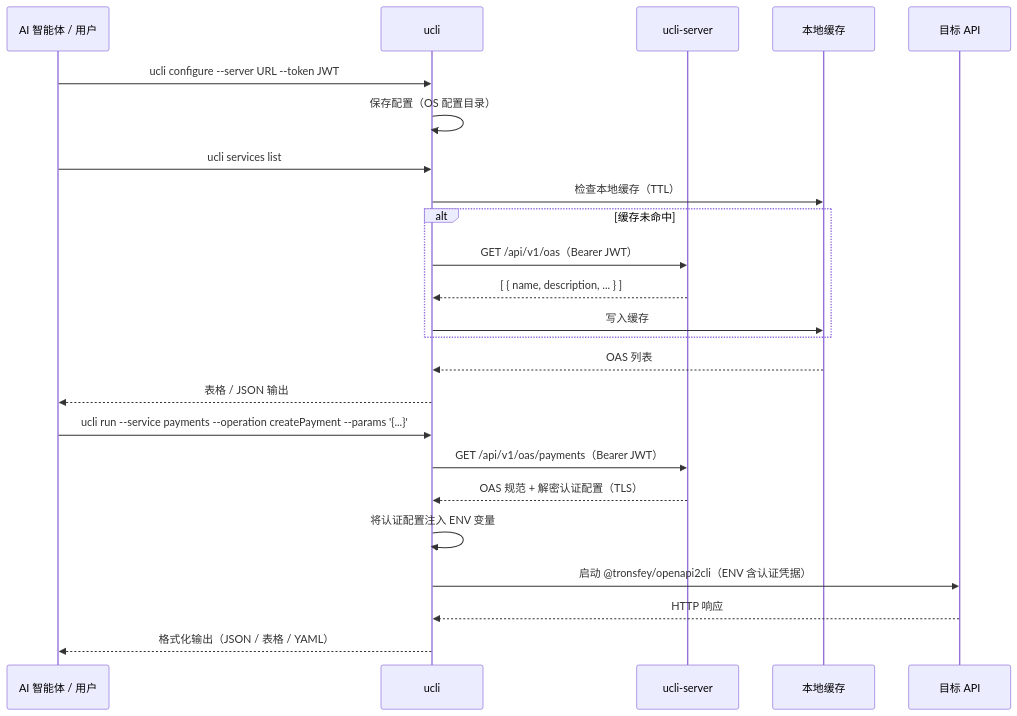
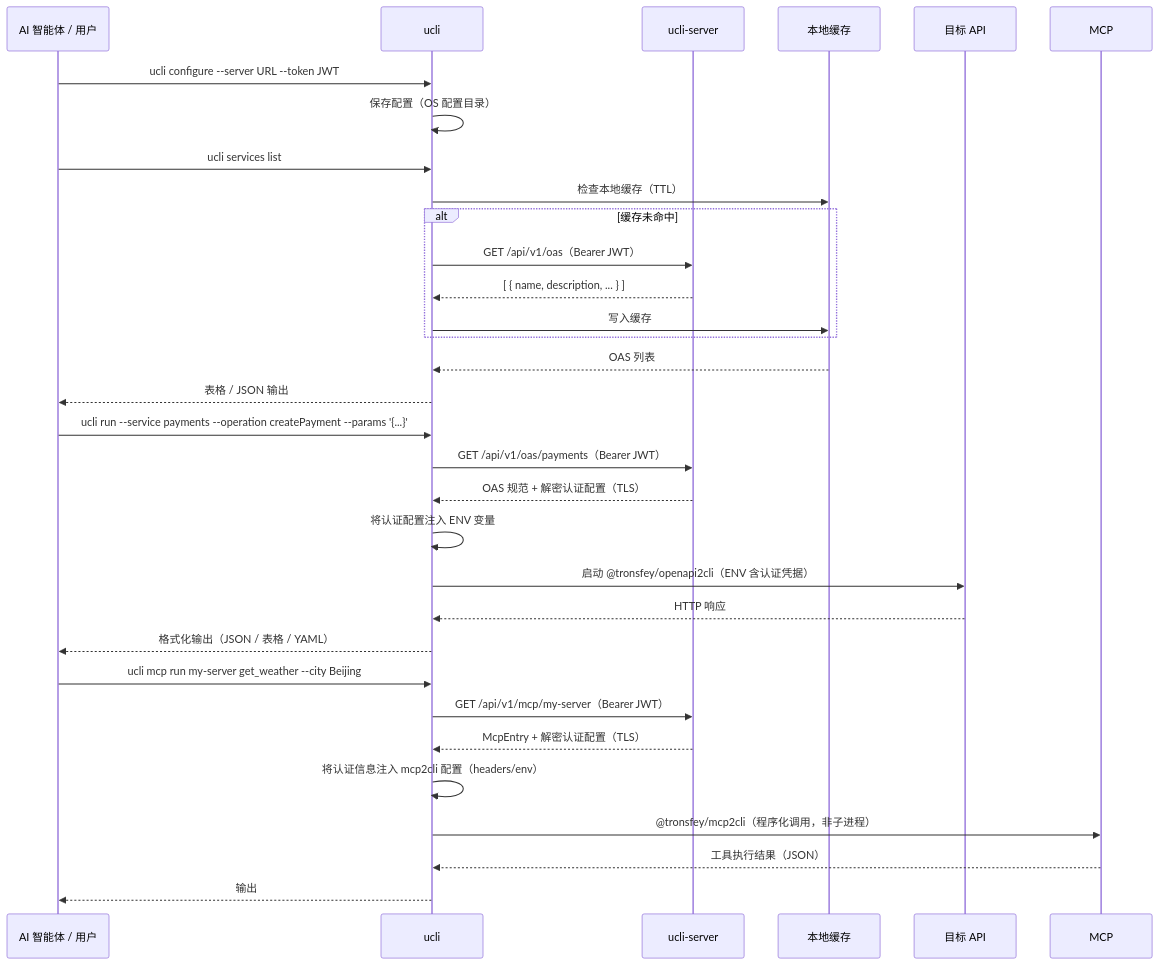
Before and after one commit to tronsfey928/ucli: the diagram in packages/cli/README.zh.md, drawn with Mermaid. The commit also changed other lines of this file and 8 other files, not shown here.

````diff
--- a/packages/cli/README.zh.md
+++ b/packages/cli/README.zh.md
@@ -28,29 +29,37 @@
 ```mermaid
 sequenceDiagram
     participant Agent as AI 智能体 / 用户
     participant CLI as ucli
     participant Server as ucli-server
     participant Cache as 本地缓存
     participant API as 目标 API
 
     Agent->>CLI: ucli configure --server URL --token JWT
     CLI->>CLI: 保存配置（OS 配置目录）
 
     Agent->>CLI: ucli services list
     CLI->>Cache: 检查本地缓存（TTL）
     alt 缓存未命中
         CLI->>Server: GET /api/v1/oas（Bearer JWT）
         Server-->>CLI: [ { name, description, ... } ]
         CLI->>Cache: 写入缓存
     end
     Cache-->>CLI: OAS 列表
     CLI-->>Agent: 表格 / JSON 输出
 
     Agent->>CLI: ucli run --service payments --operation createPayment --params '{...}'
     CLI->>Server: GET /api/v1/oas/payments（Bearer JWT）
     Server-->>CLI: OAS 规范 + 解密认证配置（TLS）
     CLI->>CLI: 将认证配置注入 ENV 变量
     CLI->>API: 启动 @tronsfey/openapi2cli（ENV 含认证凭据）
     API-->>CLI: HTTP 响应
     CLI-->>Agent: 格式化输出（JSON / 表格 / YAML）
+
+    Agent->>CLI: ucli mcp run my-server get_weather --city Beijing
+    CLI->>Server: GET /api/v1/mcp/my-server（Bearer JWT）
+    Server-->>CLI: McpEntry + 解密认证配置（TLS）
+    CLI->>CLI: 将认证信息注入 mcp2cli 配置（headers/env）
+    CLI->>MCP: @tronsfey/mcp2cli（程序化调用，非子进程）
+    MCP-->>CLI: 工具执行结果（JSON）
+    CLI-->>Agent: 输出
 ```
````
